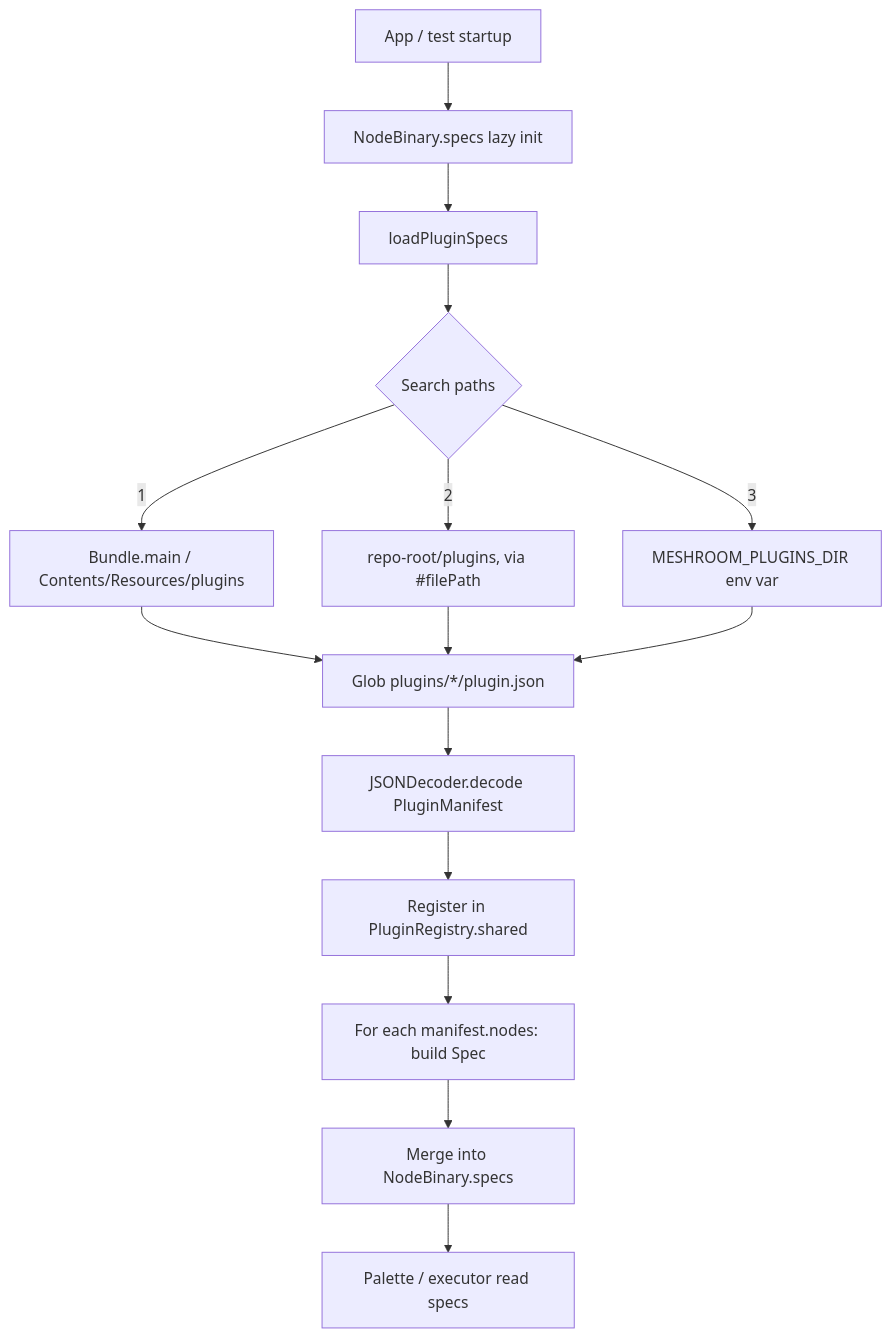
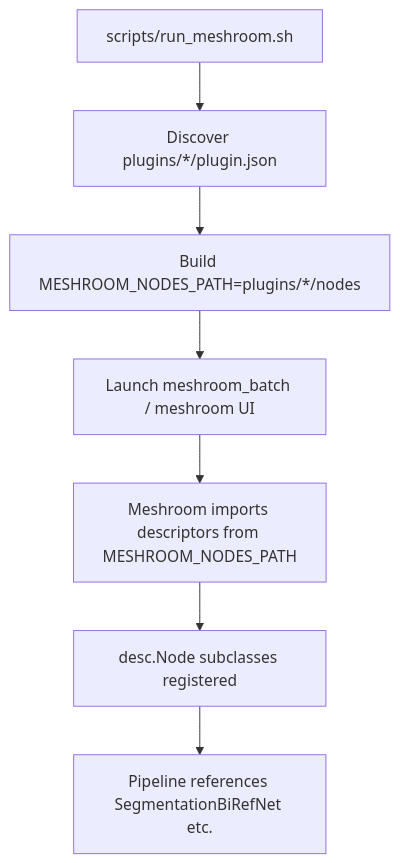
One commit to SeedeXR/alicevision-for-mac changed the diagram in docs/dev/plugin-system.md. Above: the diagram before and after it, drawn with Mermaid. The commit also changed other lines of this file and 32 other files, not shown here.

````diff
--- a/docs/dev/plugin-system.md
+++ b/docs/dev/plugin-system.md
@@ -66,17 +67,9 @@
 ```mermaid
 flowchart TD
-    A[App / test startup] --> B[NodeBinary.specs lazy init]
-    B --> C[loadPluginSpecs]
-    C --> D{Search paths}
-    D -->|1| E[Bundle.main / Contents/Resources/plugins]
-    D -->|2| F[repo-root/plugins, via #filePath]
-    D -->|3| G[MESHROOM_PLUGINS_DIR env var]
-    E --> H[Glob plugins/*/plugin.json]
-    F --> H
-    G --> H
-    H --> I[JSONDecoder.decode PluginManifest]
-    I --> J[Register in PluginRegistry.shared]
-    J --> K[For each manifest.nodes: build Spec]
-    K --> L[Merge into NodeBinary.specs]
-    L --> M[Palette / executor read specs]
+    A[scripts/run_meshroom.sh] --> B[Discover plugins/*/plugin.json]
+    B --> C[Build MESHROOM_NODES_PATH=plugins/*/nodes]
+    C --> D[Launch meshroom_batch / meshroom UI]
+    D --> E[Meshroom imports descriptors from MESHROOM_NODES_PATH]
+    E --> F[desc.Node subclasses registered]
+    F --> G[Pipeline references SegmentationBiRefNet etc.]
 ```
````
